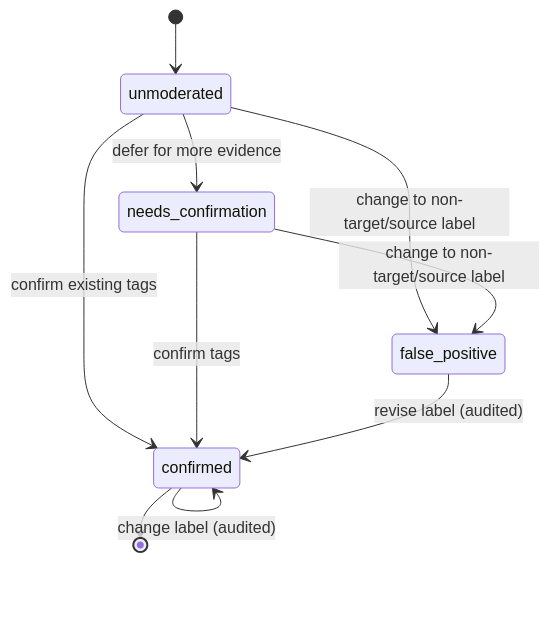
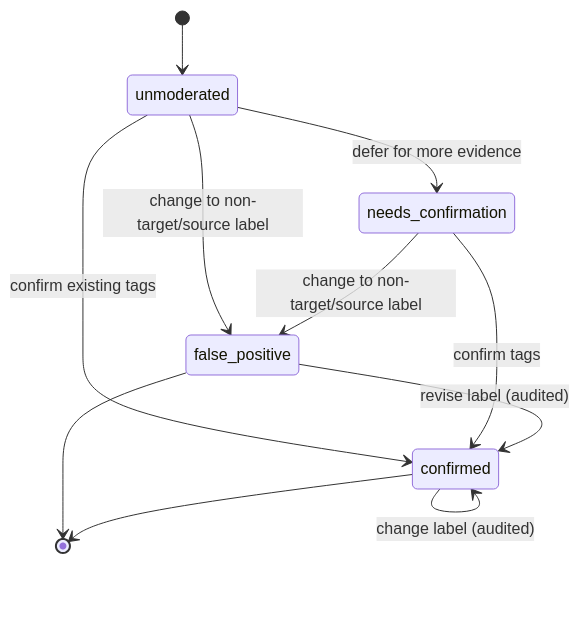
Before and after one commit to orcasound/orcahello: the second of 2 diagrams in ModeratorFrontEnd/specification/signal-moderation-ux-proposal.md, drawn with Mermaid.

Commit message:
Revise moderation labels in UX proposal

````diff
--- a/ModeratorFrontEnd/specification/signal-moderation-ux-proposal.md
+++ b/ModeratorFrontEnd/specification/signal-moderation-ux-proposal.md
@@ -705,12 +705,13 @@
 ```mermaid
 stateDiagram-v2
   [*] --> unmoderated
   unmoderated --> confirmed: confirm existing tags
   unmoderated --> false_positive: change to non-target/source label
   unmoderated --> needs_confirmation: defer for more evidence
   needs_confirmation --> confirmed: confirm tags
   needs_confirmation --> false_positive: change to non-target/source label
   confirmed --> confirmed: change label (audited)
   false_positive --> confirmed: revise label (audited)
+  false_positive --> [*]
   confirmed --> [*]
 ```
````
